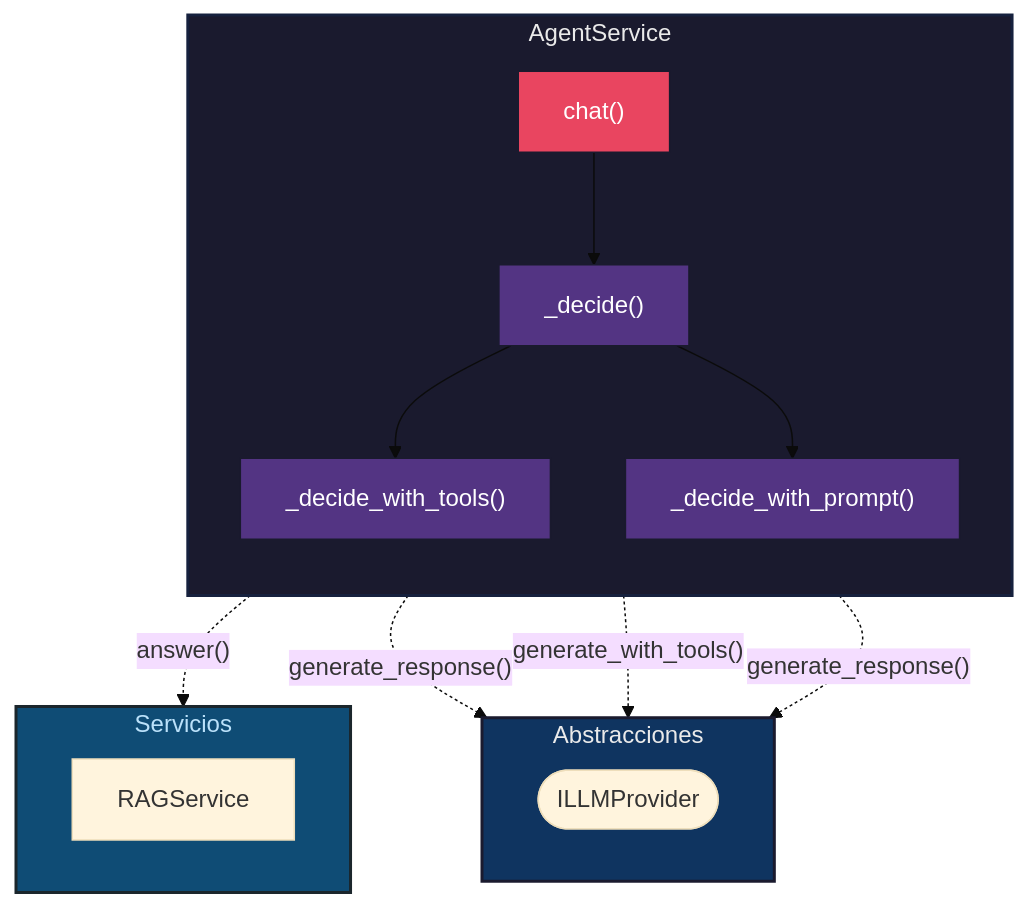
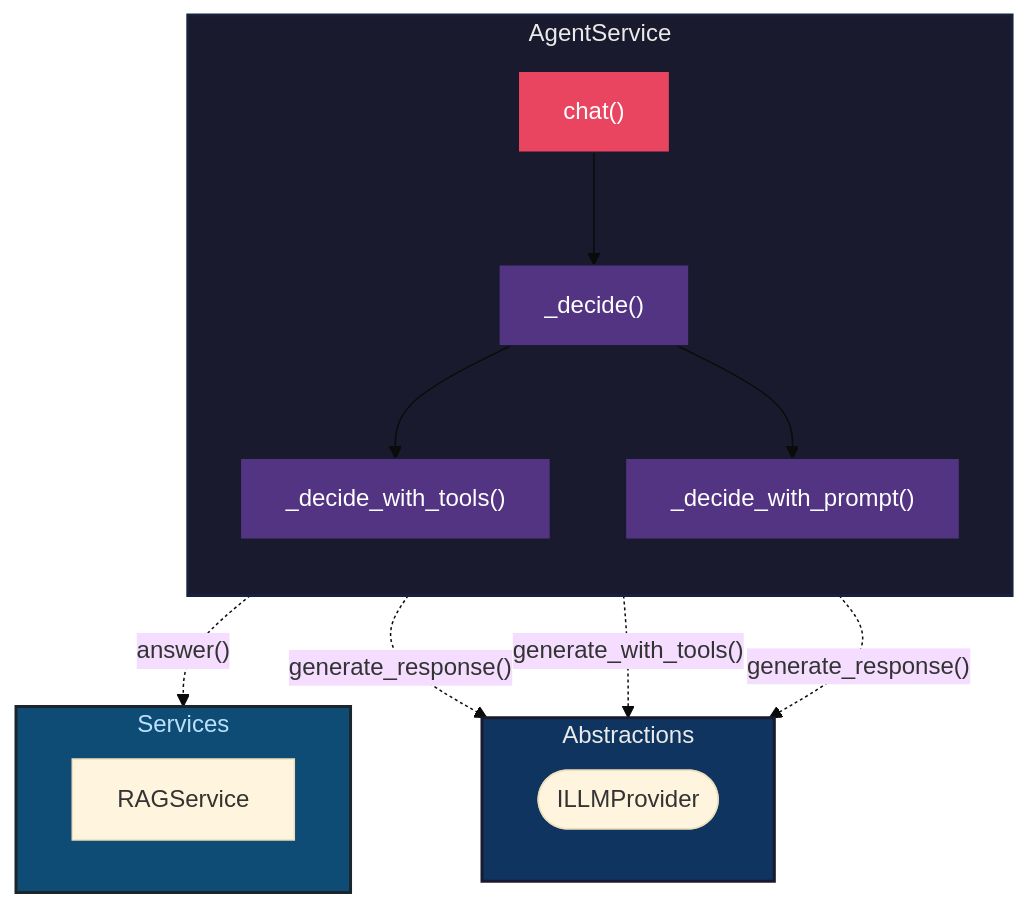
The second of 2 diagrams in docs/agent_service_detail.md (FullFran/Hybrid-RAG-example), drawn with Mermaid (base theme) before and after one commit. The commit also changed other lines of this file and 6 other files, not shown here.

First line of the commit message:
docs: update architecture docs with C4 diagrams and new IParser/IChunker interfaces

````diff
--- a/docs/agent_service_detail.md
+++ b/docs/agent_service_detail.md
@@ -63,39 +63,39 @@
 ```mermaid
 flowchart TB
     subgraph Service["AgentService"]
         direction TB
         chat["chat()"]
         decide["_decide()"]
         decideTools["_decide_with_tools()"]
         decidePrompt["_decide_with_prompt()"]
 
         chat --> decide
         decide --> decideTools
         decide --> decidePrompt
     end
 
-    subgraph Interfaces["Abstracciones"]
+    subgraph Interfaces["Abstractions"]
         direction LR
         ILLM([ILLMProvider])
     end
 
-    subgraph Services["Servicios"]
+    subgraph Services["Services"]
         direction LR
         RAG["RAGService"]
     end
 
     %% Dependencies
     chat -.->|"answer()"| RAG
     chat -.->|"generate_response()"| ILLM
     decideTools -.->|"generate_with_tools()"| ILLM
     decidePrompt -.->|"generate_response()"| ILLM
 
     %% Styling
     style Service fill:#1a1a2e,stroke:#16213e,stroke-width:2px,color:#eaeaea
     style Interfaces fill:#0f3460,stroke:#1a1a2e,stroke-width:2px,color:#eaeaea
     style Services fill:#0f4c75,stroke:#1b262c,stroke-width:2px,color:#bbe1fa
     style chat fill:#e94560,stroke:#1a1a2e,color:#fff
     style decide fill:#533483,stroke:#1a1a2e,color:#fff
     style decideTools fill:#533483,stroke:#1a1a2e,color:#fff
     style decidePrompt fill:#533483,stroke:#1a1a2e,color:#fff
 ```
````
